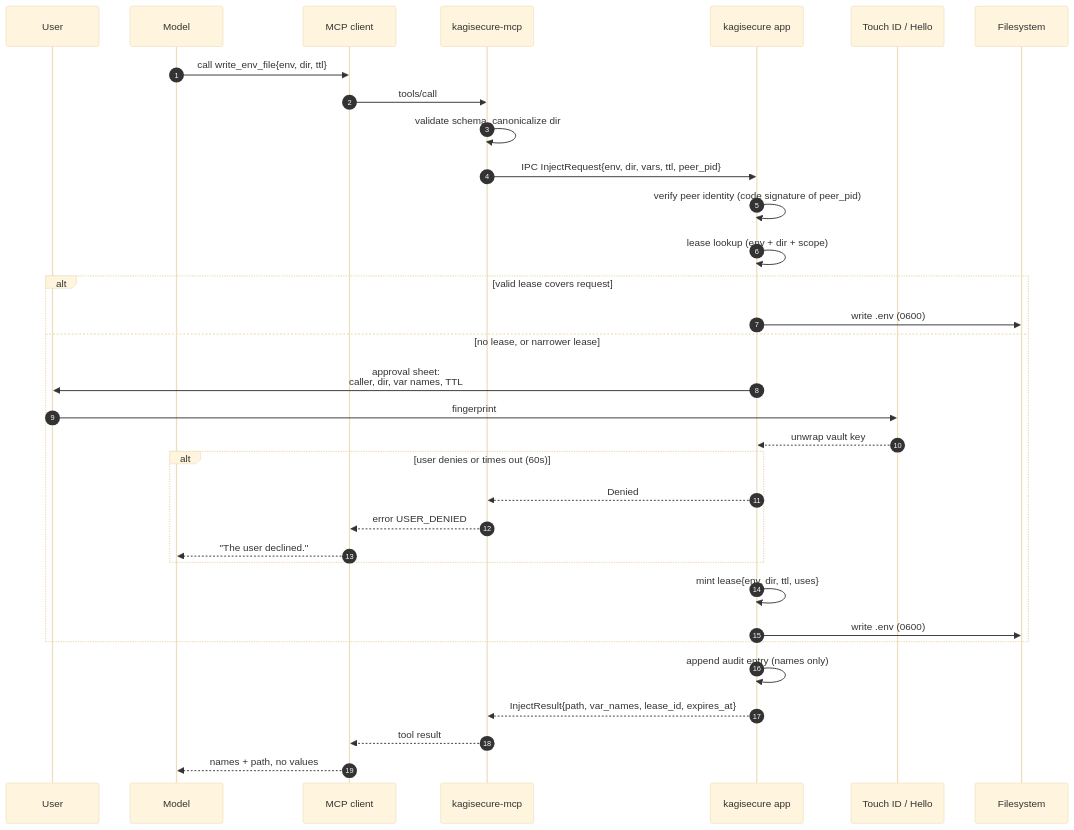
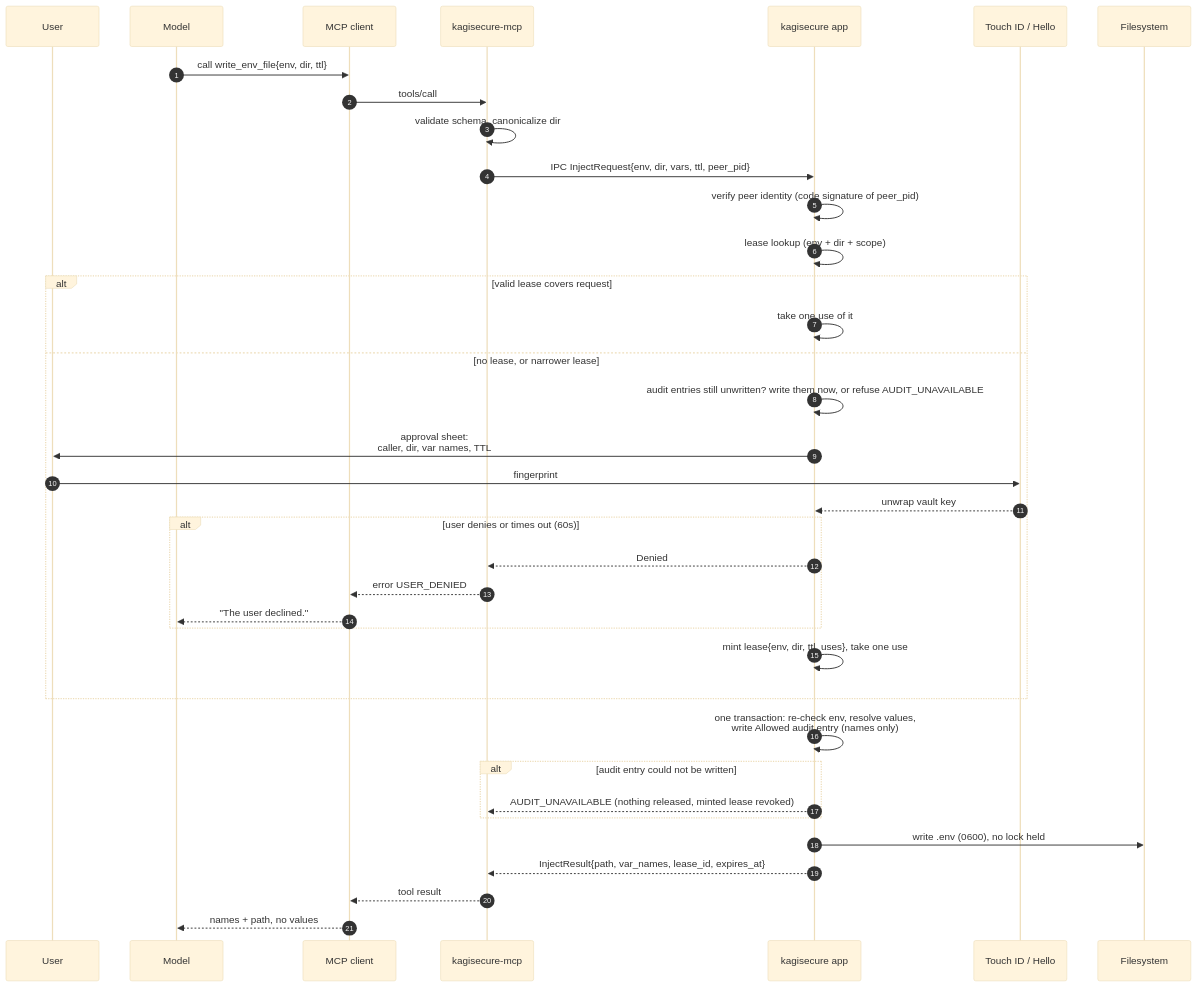
One commit to itsucara/kagisecure changed the diagram in docs/mcp-server.md. Above: the diagram before and after it, drawn with Mermaid (base theme). The commit also changed other lines of this file and 625 other files, not shown here.

````diff
--- a/docs/mcp-server.md
+++ b/docs/mcp-server.md
@@ -493,36 +743,40 @@
 ```mermaid
 sequenceDiagram
     autonumber
     participant U as User
     participant M as Model
     participant C as MCP client
     participant S as kagisecure-mcp
     participant A as kagisecure app
     participant B as Touch ID / Hello
     participant FS as Filesystem
 
     M->>C: call write_env_file{env, dir, ttl}
     C->>S: tools/call
     S->>S: validate schema, canonicalize dir
     S->>A: IPC InjectRequest{env, dir, vars, ttl, peer_pid}
     A->>A: verify peer identity (code signature of peer_pid)
     A->>A: lease lookup (env + dir + scope)
     alt valid lease covers request
-        A->>FS: write .env (0600)
+        A->>A: take one use of it
     else no lease, or narrower lease
+        A->>A: audit entries still unwritten? write them now, or refuse AUDIT_UNAVAILABLE
         A->>U: approval sheet:<br/>caller, dir, var names, TTL
         U->>B: fingerprint
         B-->>A: unwrap vault key
         alt user denies or times out (60s)
             A-->>S: Denied
             S-->>C: error USER_DENIED
             C-->>M: "The user declined."
         end
-        A->>A: mint lease{env, dir, ttl, uses}
-        A->>FS: write .env (0600)
+        A->>A: mint lease{env, dir, ttl, uses}, take one use
     end
-    A->>A: append audit entry (names only)
+    A->>A: one transaction: re-check env, resolve values,<br/>write Allowed audit entry (names only)
+    alt audit entry could not be written
+        A-->>S: AUDIT_UNAVAILABLE (nothing released, minted lease revoked)
+    end
+    A->>FS: write .env (0600), no lock held
     A-->>S: InjectResult{path, var_names, lease_id, expires_at}
     S-->>C: tool result
     C-->>M: names + path, no values
 ```
````
